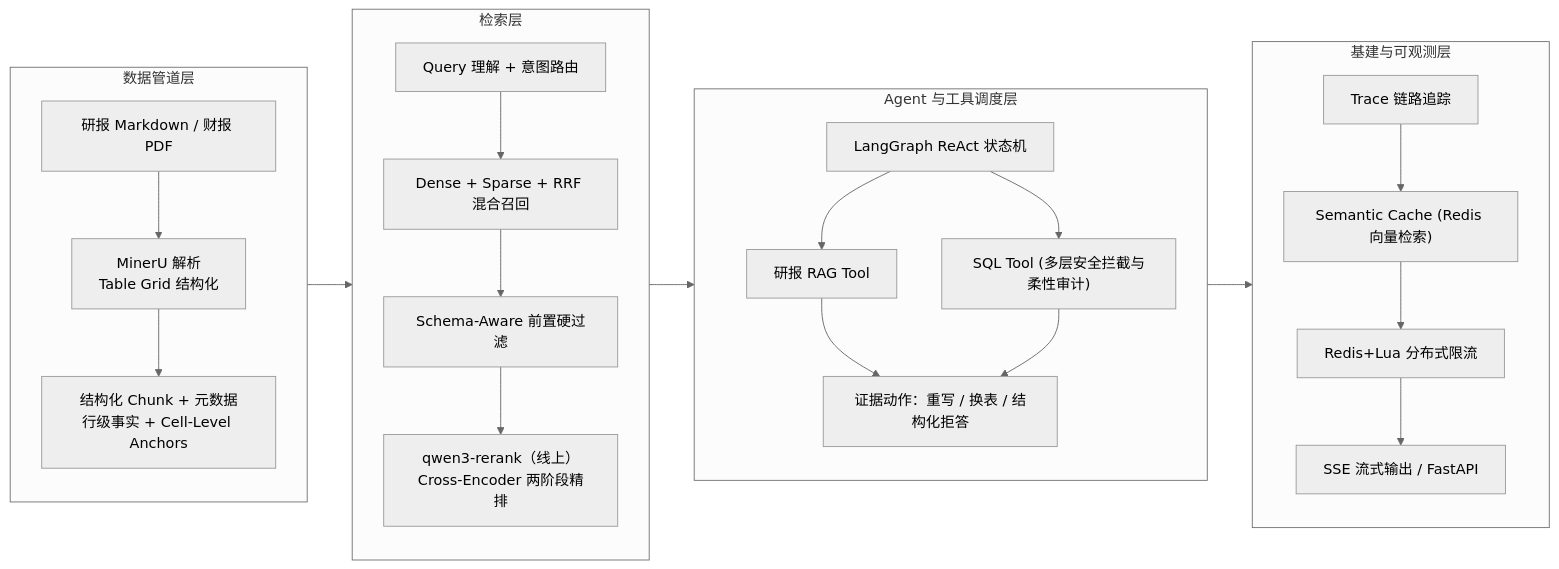
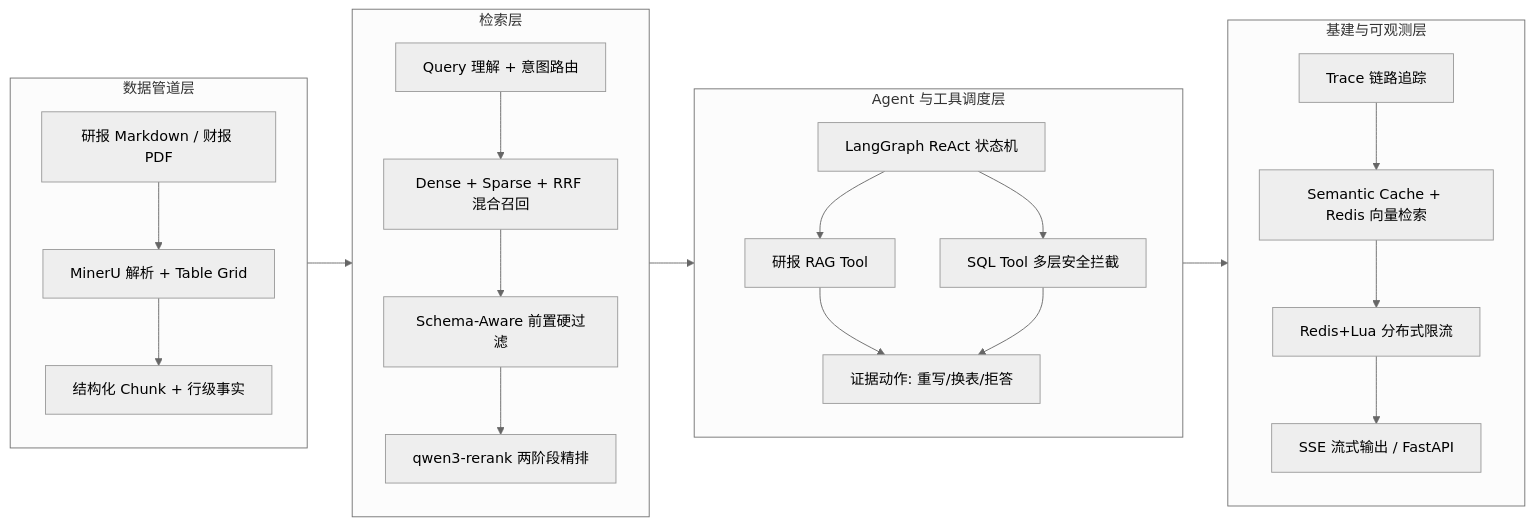
The diagram in README.md (autumnieave/table-evidence-rag), drawn with Mermaid (neutral theme) before and after one commit. The commit also changed other lines of this file and 1 other file, not shown here.

Commit message:
docs: 修复 Mermaid 架构图并精简 API 契约（拆分至 API_CONTRACT.md）

````diff
--- a/README.md
+++ b/README.md
@@ -23,28 +23,24 @@
 ```mermaid
 flowchart LR
     subgraph D[数据管道层]
-        D1["研报 Markdown / 财报 PDF"] --> D2["MinerU 解析<br/>Table Grid 结构化"]
-        D2 --> D3["结构化 Chunk + 元数据<br/>行级事实 + Cell-Level Anchors"]
+        D1[研报 Markdown / 财报 PDF] --> D2[MinerU 解析 + Table Grid]
+        D2 --> D3[结构化 Chunk + 行级事实]
     end
-
     subgraph R[检索层]
-        R1["Query 理解 + 意图路由"] --> R2["Dense + Sparse + RRF 混合召回"]
-        R2 --> R3["Schema-Aware 前置硬过滤"]
-        R3 --> R4["qwen3-rerank（线上）<br/>Cross-Encoder 两阶段精排"]
+        R1[Query 理解 + 意图路由] --> R2[Dense + Sparse + RRF 混合召回]
+        R2 --> R3[Schema-Aware 前置硬过滤]
+        R3 --> R4[qwen3-rerank 两阶段精排]
     end
-
     subgraph A[Agent 与工具调度层]
-        A1["LangGraph ReAct 状态机"] --> A2["研报 RAG Tool"]
-        A1 --> A3["SQL Tool (多层安全拦截与柔性审计)"]
-        A2 --> A4["证据动作：重写 / 换表 / 结构化拒答"]
+        A1[LangGraph ReAct 状态机] --> A2[研报 RAG Tool]
+        A1 --> A3[SQL Tool 多层安全拦截]
+        A2 --> A4[证据动作: 重写/换表/拒答]
         A3 --> A4
     end
-
     subgraph I[基建与可观测层]
-        I1["Trace 链路追踪"] --> I2["Semantic Cache (Redis 向量检索)"]
-        I2 --> I3["Redis+Lua 分布式限流"]
-        I3 --> I4["SSE 流式输出 / FastAPI"]
+        I1[Trace 链路追踪] --> I2[Semantic Cache + Redis 向量检索]
+        I2 --> I3[Redis+Lua 分布式限流]
+        I3 --> I4[SSE 流式输出 / FastAPI]
     end
-
     D --> R --> A --> I
 ```
````
